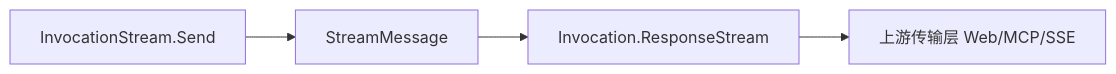
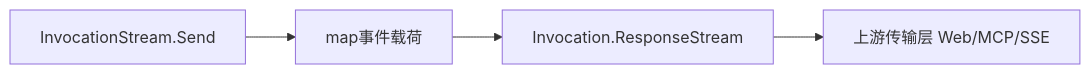
One commit to pubgo/redant changed the first of 2 diagrams in docs/INTERACTIVE_STREAMING.md. Above: the diagram before and after it, drawn with Mermaid. The commit also changed other lines of this file and 15 other files, not shown here.

````diff
--- a/docs/INTERACTIVE_STREAMING.md
+++ b/docs/INTERACTIVE_STREAMING.md
@@ -27,6 +27,6 @@
 ```mermaid
 flowchart LR
-    A[InvocationStream.Send] --> B[StreamMessage]
+    A[InvocationStream.Send] --> B[map事件载荷]
     B --> C[Invocation.ResponseStream]
     C --> D[上游传输层 Web/MCP/SSE]
 ```
````
